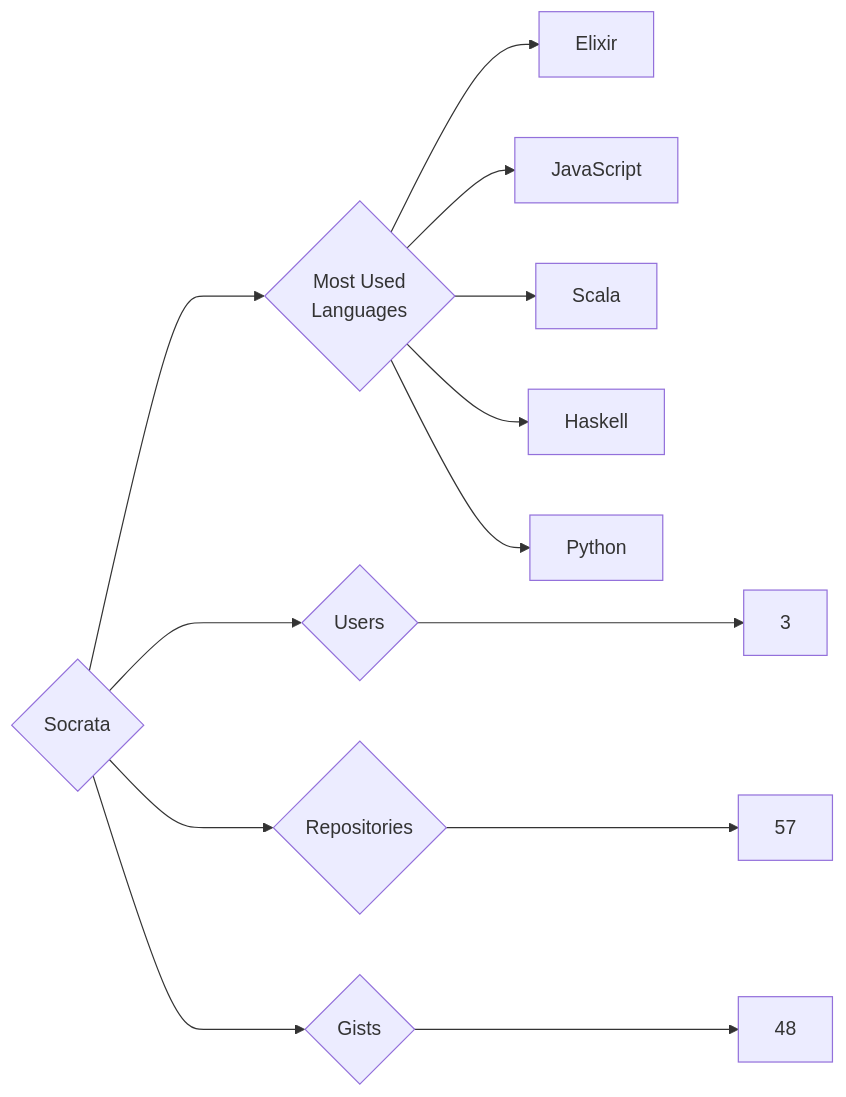
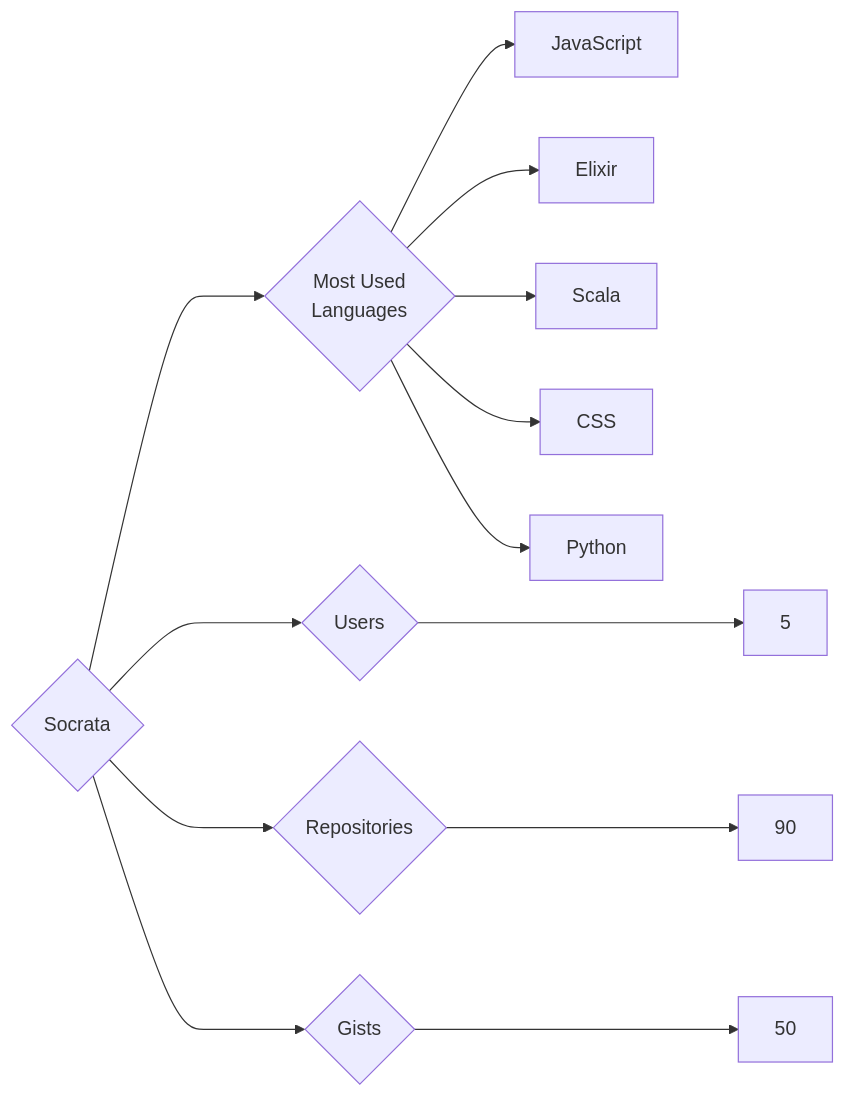
Before and after one commit to trickest/insiders: the diagram in targets/Socrata/README.md, drawn with Mermaid. The commit also changed 972 other files, not shown here.

````diff
--- a/targets/Socrata/README.md
+++ b/targets/Socrata/README.md
@@ -3,13 +3,13 @@
 ```mermaid
 graph LR
 COMPANY_NAME{Socrata}
-COMPANY_NAME ---> U{Users} ---> UN[3]
-COMPANY_NAME ---> R{Repositories} ---> RN[57]
-COMPANY_NAME ---> G{Gists} ---> GN[48]
+COMPANY_NAME ---> U{Users} ---> UN[5]
+COMPANY_NAME ---> R{Repositories} ---> RN[90]
+COMPANY_NAME ---> G{Gists} ---> GN[50]
 COMPANY_NAME ---> ML{Most Used<br>Languages}
+ML --> JavaScript[JavaScript]
 ML --> Elixir[Elixir]
-ML --> JavaScript[JavaScript]
 ML --> Scala[Scala]
-ML --> Haskell[Haskell]
+ML --> CSS[CSS]
 ML --> Python[Python]
 ```
````
